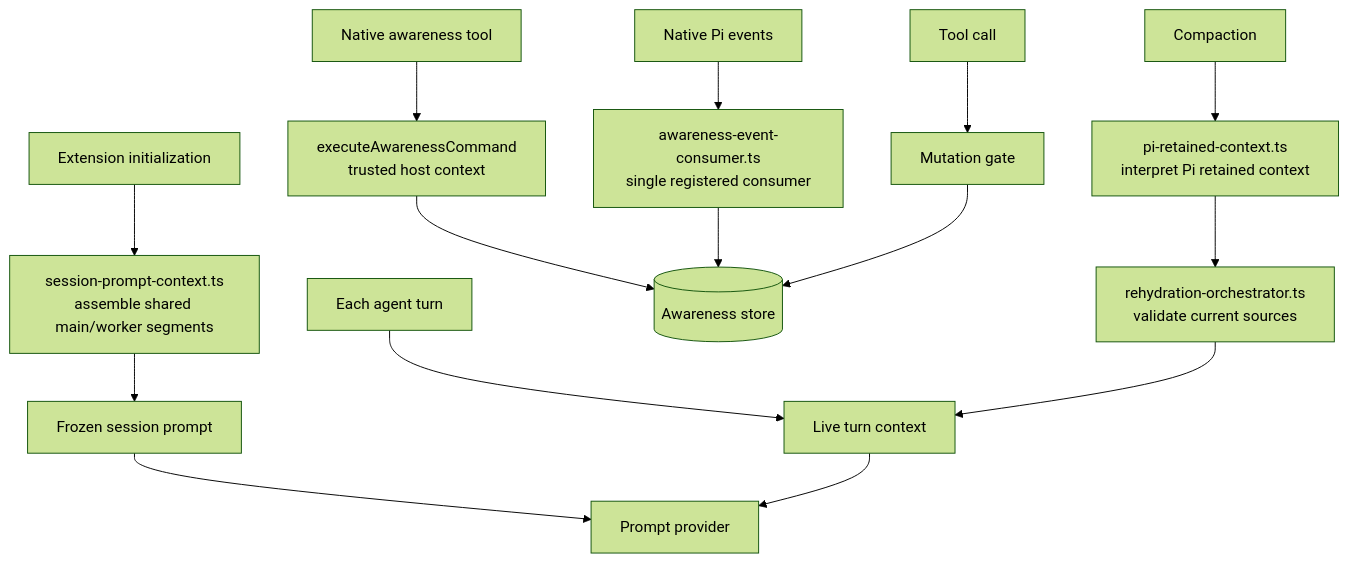
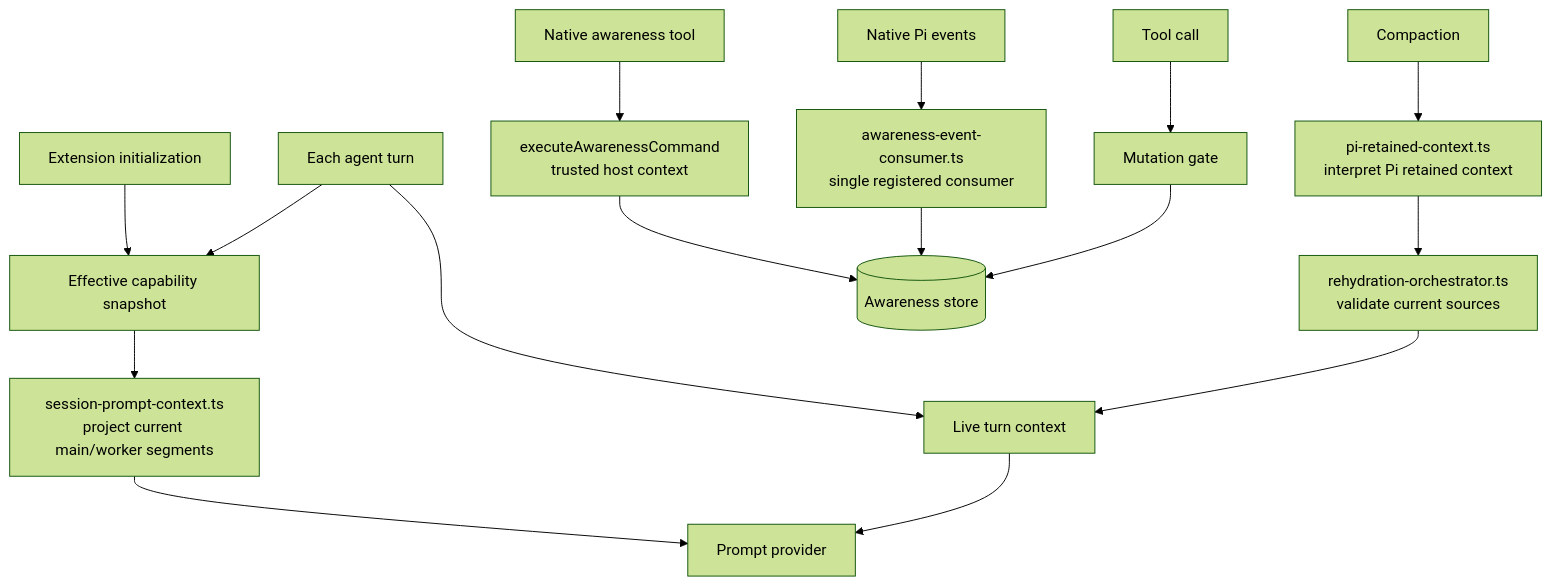
One commit to bgauryy/octocode-mcp changed the diagram in packages/octocode-pi-extension/ARCHITECTURE.md. Above: the diagram before and after it, drawn with Mermaid (forest theme). The commit also changed other lines of this file and 847 other files, not shown here.

````diff
--- a/packages/octocode-pi-extension/ARCHITECTURE.md
+++ b/packages/octocode-pi-extension/ARCHITECTURE.md
@@ -232,17 +269,18 @@
 ```mermaid
 flowchart TD
-  Init[Extension initialization] --> Assemble[session-prompt-context.ts<br/>assemble shared main/worker segments]
-  Assemble --> Frozen[Frozen session prompt]
-  Frozen --> Provider[Prompt provider]
-  Turn[Each agent turn] --> Live[Live turn context]
+  Init[Extension initialization] --> Snapshot[Effective capability snapshot]
+  Turn[Each agent turn] --> Snapshot
+  Snapshot --> Assemble[session-prompt-context.ts<br/>project current main/worker segments]
+  Assemble --> Provider[Prompt provider]
+  Turn --> Live[Live turn context]
   Live --> Provider
   Native[Native awareness tool] --> API[executeAwarenessCommand<br/>trusted host context]
   Events[Native Pi events] --> Consumer[awareness-event-consumer.ts<br/>single registered consumer]
   ToolCall[Tool call] --> Mutation[Mutation gate]
   API --> Store[(Awareness store)]
   Consumer --> Store
   Mutation --> Store
   Compact[Compaction] --> PiAdapter[pi-retained-context.ts<br/>interpret Pi retained context]
   PiAdapter --> Rehydrate[rehydration-orchestrator.ts<br/>validate current sources]
   Rehydrate --> Live
 ```
````
